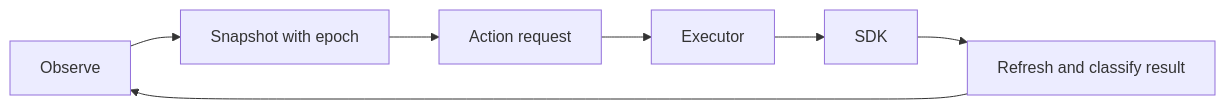
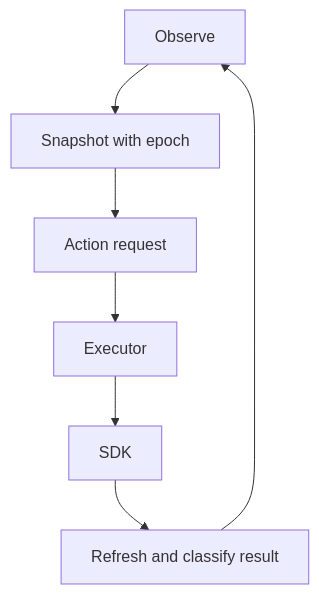
Before and after one commit to Javiops/Cambridge-Battlecode-2026: the diagram in bots/foundation/README.md, drawn with Mermaid.

Commit message:
Keep the foundation diagram readable in narrow panels

````diff
--- a/bots/foundation/README.md
+++ b/bots/foundation/README.md
@@ -6,9 +6,9 @@
 ```mermaid
-flowchart LR
+flowchart TD
     O[Observe] --> S[Snapshot with epoch]
     S --> R[Action request]
     R --> E[Executor]
     E --> K[SDK]
     K --> F[Refresh and classify result]
     F --> O
 ```
````
